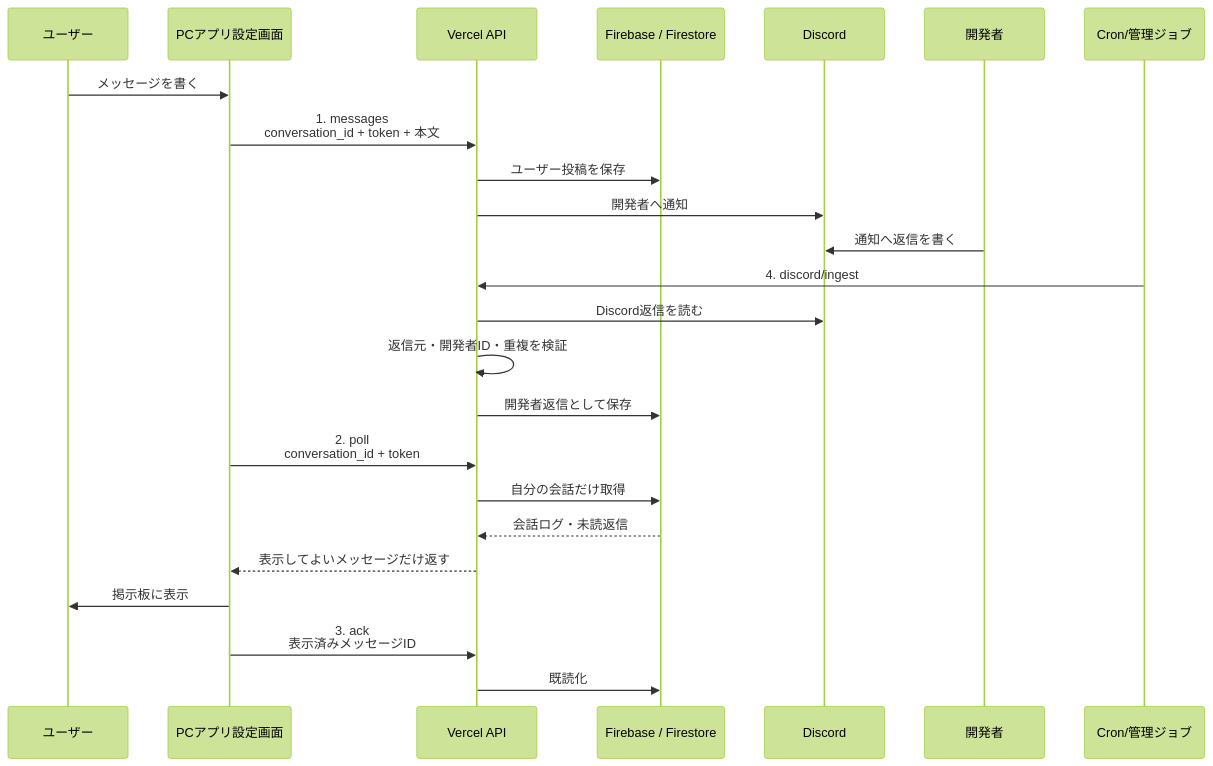
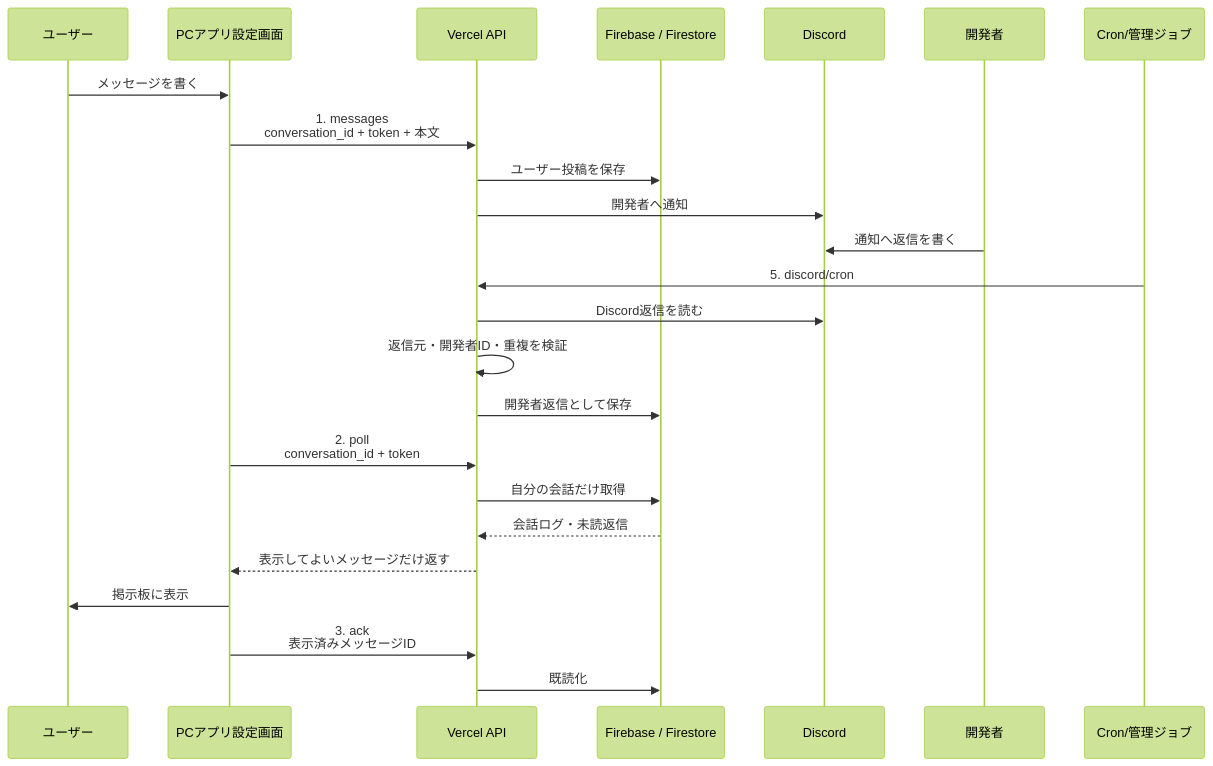
The third of 3 diagrams in docs-v2/007_COMMUNICATION.md (ore-no-fusen/ore-no-fusen), drawn with Mermaid (forest theme) before and after one commit. The commit also changed other lines of this file and 9 other files, not shown here.

Commit message:
feat: add discord reply cron ingest

````diff
--- a/docs-v2/007_COMMUNICATION.md
+++ b/docs-v2/007_COMMUNICATION.md
@@ -319,30 +321,30 @@
 ```mermaid
 sequenceDiagram
     participant User as ユーザー
     participant PC as PCアプリ設定画面
     participant API as Vercel API
     participant Firestore as Firebase / Firestore
     participant Discord as Discord
     participant Dev as 開発者
     participant Job as Cron/管理ジョブ
 
     User->>PC: メッセージを書く
     PC->>API: 1. messages<br>conversation_id + token + 本文
     API->>Firestore: ユーザー投稿を保存
     API->>Discord: 開発者へ通知
 
     Dev->>Discord: 通知へ返信を書く
-    Job->>API: 4. discord/ingest
+    Job->>API: 5. discord/cron
     API->>Discord: Discord返信を読む
     API->>API: 返信元・開発者ID・重複を検証
     API->>Firestore: 開発者返信として保存
 
     PC->>API: 2. poll<br>conversation_id + token
     API->>Firestore: 自分の会話だけ取得
     Firestore-->>API: 会話ログ・未読返信
     API-->>PC: 表示してよいメッセージだけ返す
     PC->>User: 掲示板に表示
 
     PC->>API: 3. ack<br>表示済みメッセージID
     API->>Firestore: 既読化
 ```
````
